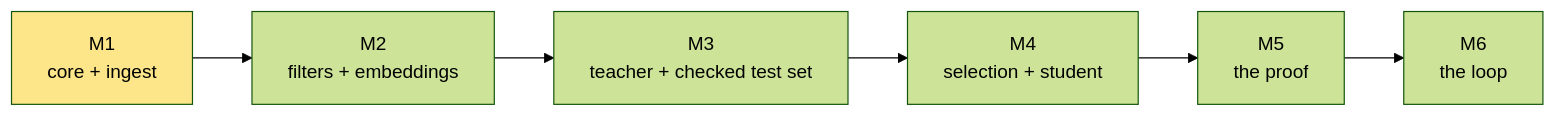
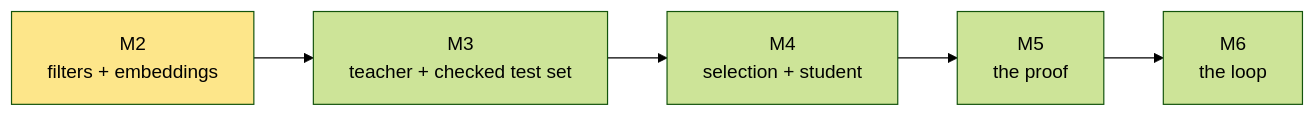
One commit to cupcakes04/Rin changed the diagram in dev/notes/milestones/README.md. Above: the diagram before and after it, drawn with Mermaid (forest theme). The commit also changed other lines of this file and 36 other files, not shown here.

````diff
--- a/dev/notes/milestones/README.md
+++ b/dev/notes/milestones/README.md
@@ -5,5 +5,5 @@
 ```mermaid
 flowchart LR
-    M1["M1<br/>core + ingest"] --> M2["M2<br/>filters + embeddings"] --> M3["M3<br/>teacher + checked test set"] --> M4["M4<br/>selection + student"] --> M5["M5<br/>the proof"] --> M6["M6<br/>the loop"]
-    style M1 fill:#fde68a,color:#000
+    M2["M2<br/>filters + embeddings"] --> M3["M3<br/>teacher + checked test set"] --> M4["M4<br/>selection + student"] --> M5["M5<br/>the proof"] --> M6["M6<br/>the loop"]
+    style M2 fill:#fde68a,color:#000
 ```
````
